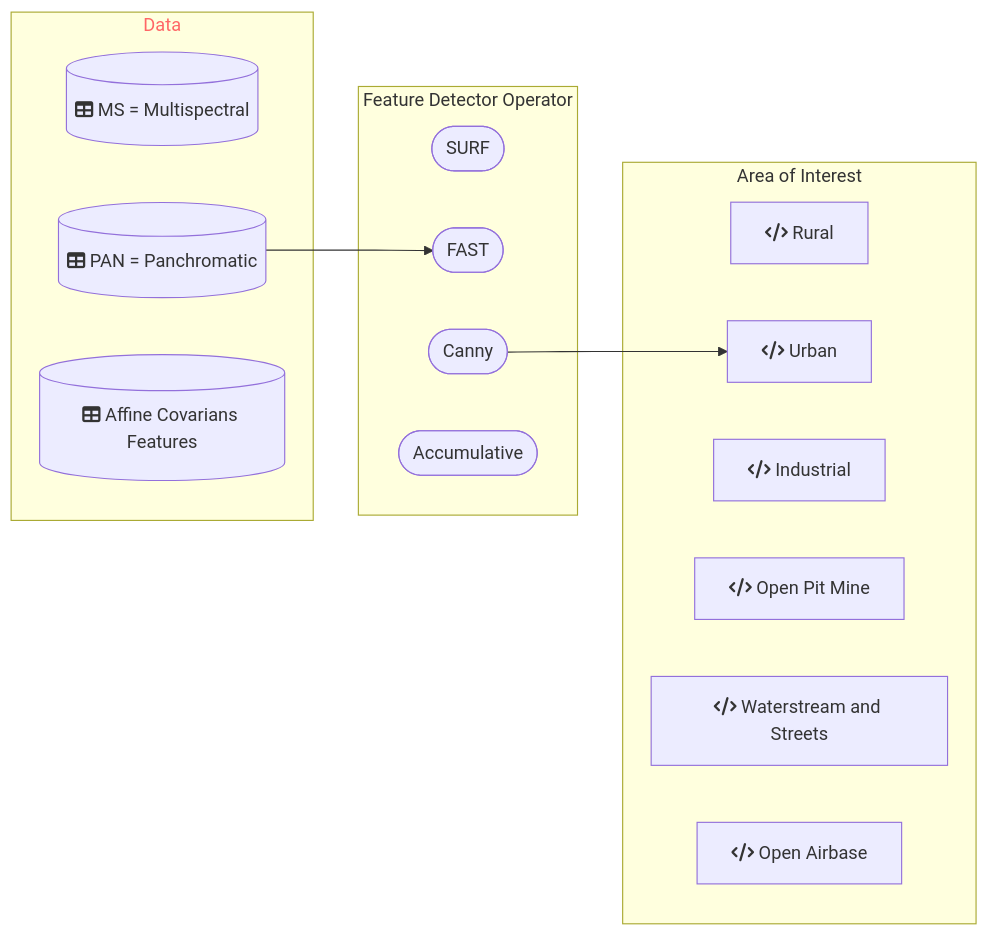
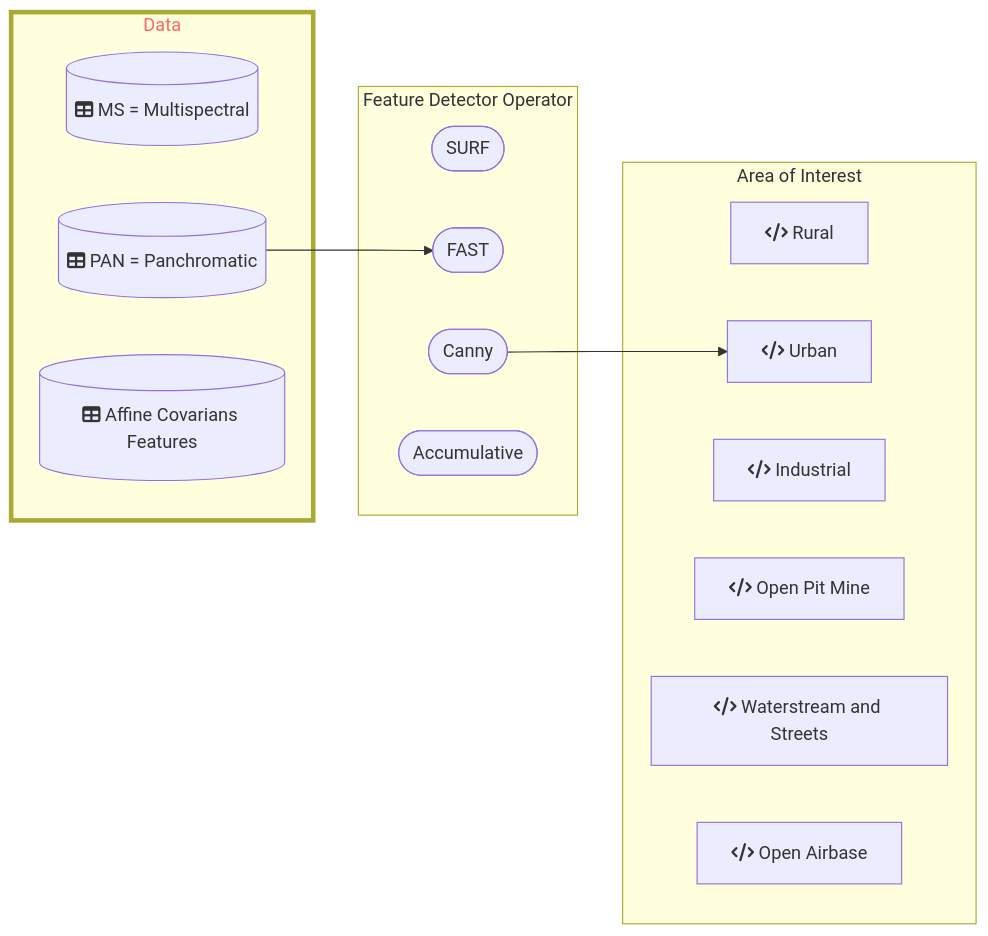
One commit to DippoldEJ/Feature-Detection-and-Explanation changed the diagram in Application/README.md. Above: the diagram before and after it, drawn with Mermaid.

````diff
--- a/Application/README.md
+++ b/Application/README.md
@@ -13,31 +13,32 @@
 ```mermaid
 flowchart LR;
 
  subgraph n[Data]
         g[(fa:fa-table MS = Multispectral)]
         h[(fa:fa-table PAN = Panchromatic)]
         i[(fa:fa-table Affine Covarians Features)]
     end
 
  subgraph o[Feature Detector Operator]
         j([SURF])
         k([FAST])
         l([Canny])
         m([Accumulative])
     end
 
 subgraph p[Area of Interest]
     a[fa:fa-code Rural]
     b[fa:fa-code Urban]
     c[fa:fa-code Industrial]
     d[fa:fa-code Open Pit Mine]
     e[fa:fa-code Waterstream and Streets]
     f[fa:fa-code Open Airbase]
     end
 
 style n color:#f66
+style n stroke-width:4px
 
 h-->k
 l-->b
 
 ```
````
